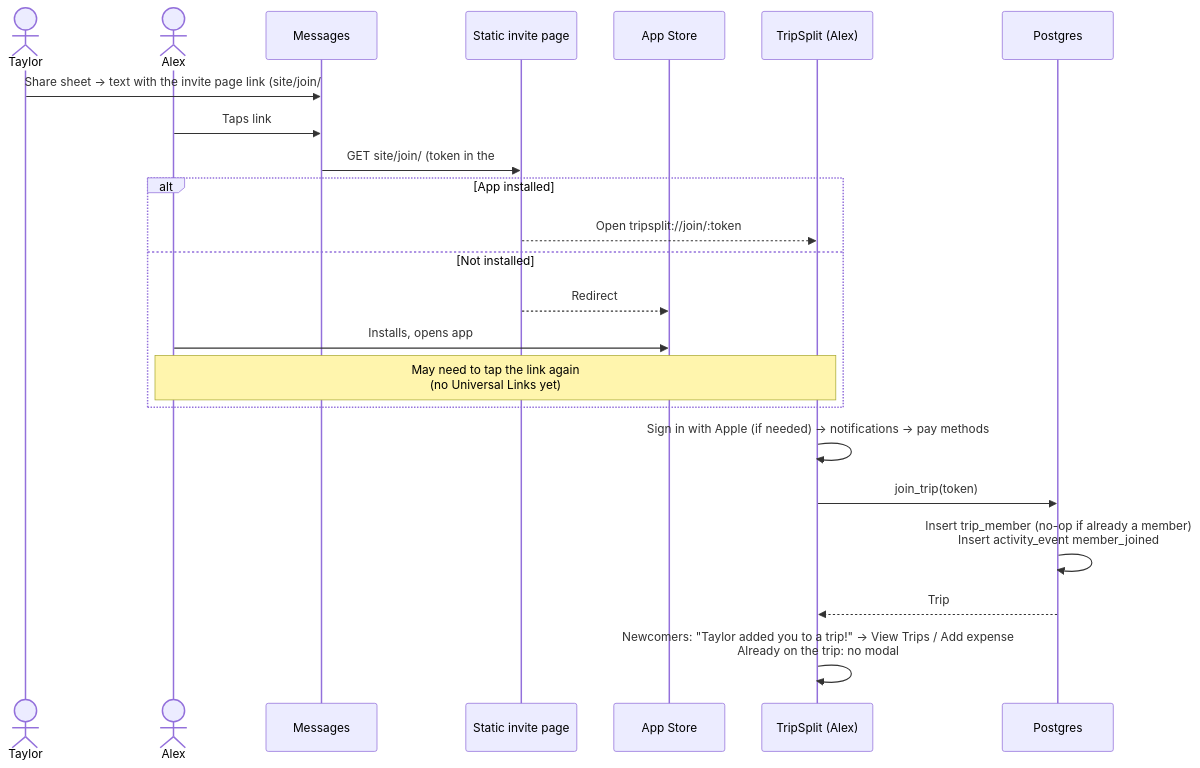
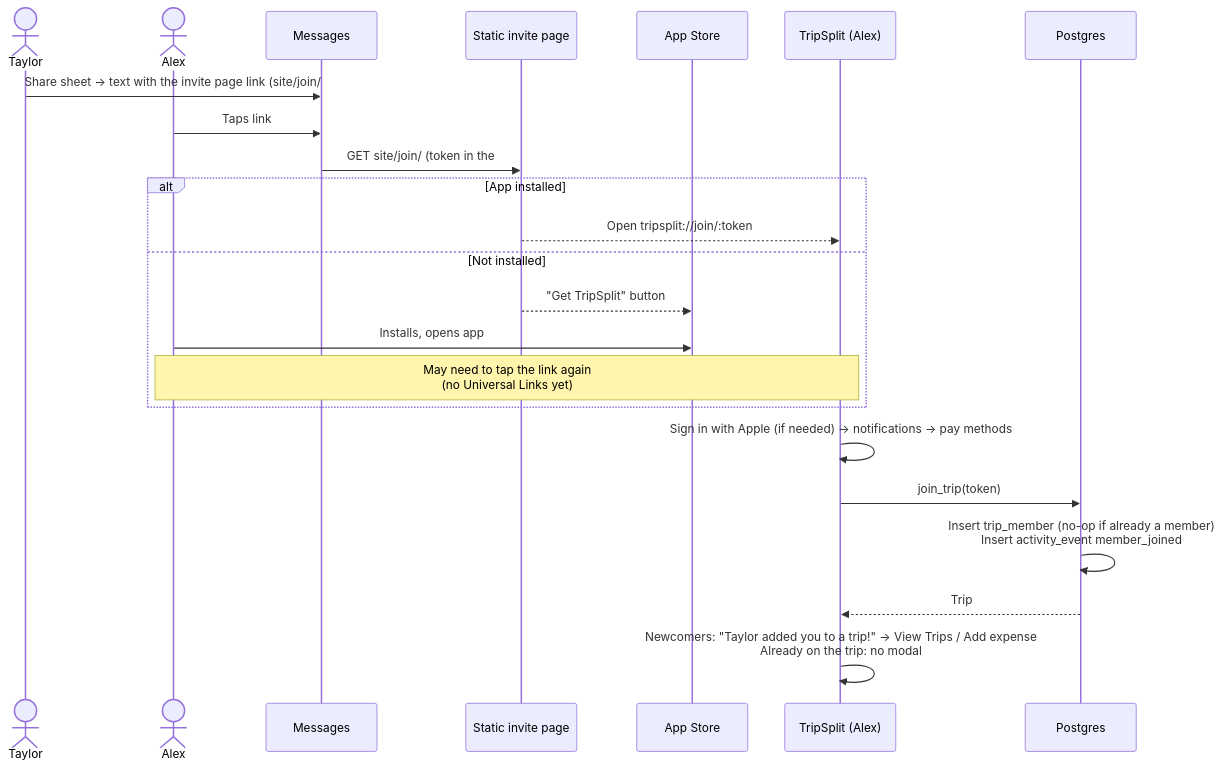
Before and after one commit to taytayrad/tripsplit-ios: the first of 6 diagrams in docs/flows.md, drawn with Mermaid. The commit also changed other lines of this file and 8 other files, not shown here.

````diff
--- a/docs/flows.md
+++ b/docs/flows.md
@@ -7,26 +7,26 @@
 ```mermaid
 sequenceDiagram
     actor T as Taylor
     actor A as Alex
     participant Msg as Messages
     participant Inv as Static invite page
     participant Store as App Store
     participant App as TripSplit (Alex)
     participant DB as Postgres
 
     T->>Msg: Share sheet → text with the invite page link (site/join/#:token)
     A->>Msg: Taps link
     Msg->>Inv: GET site/join/ (token in the #fragment)
     alt App installed
         Inv-->>App: Open tripsplit://join/:token
     else Not installed
-        Inv-->>Store: Redirect
+        Inv-->>Store: "Get TripSplit" button
         A->>Store: Installs, opens app
         Note over A,App: May need to tap the link again<br/>(no Universal Links yet)
     end
     App->>App: Sign in with Apple (if needed) → notifications → pay methods
     App->>DB: join_trip(token)
     DB->>DB: Insert trip_member (no-op if already a member)<br/>Insert activity_event member_joined
     DB-->>App: Trip
     App->>App: Newcomers: "Taylor added you to a trip!" → View Trips / Add expense<br/>Already on the trip: no modal
 ```
````
